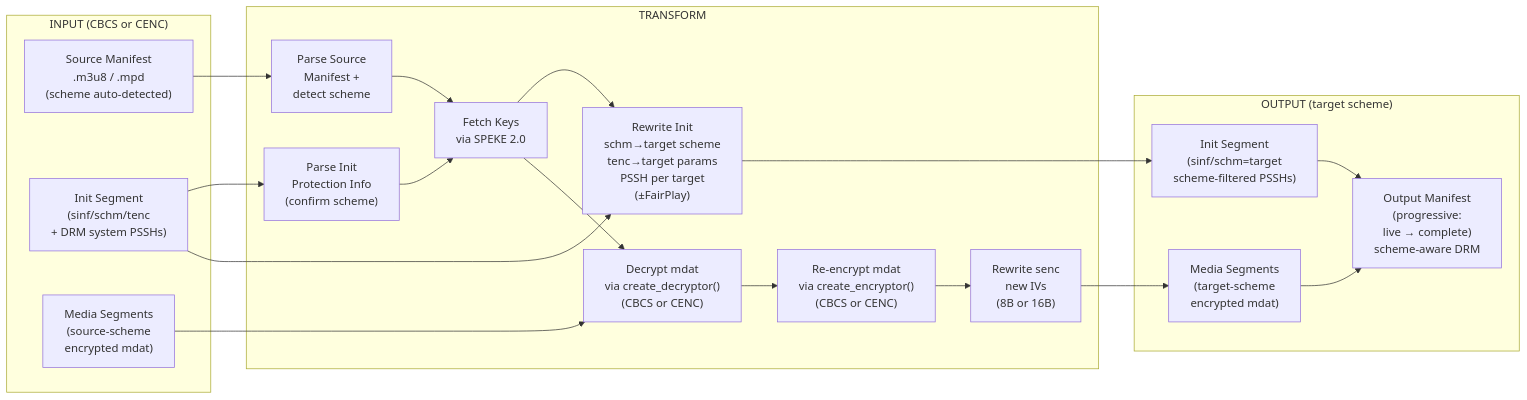
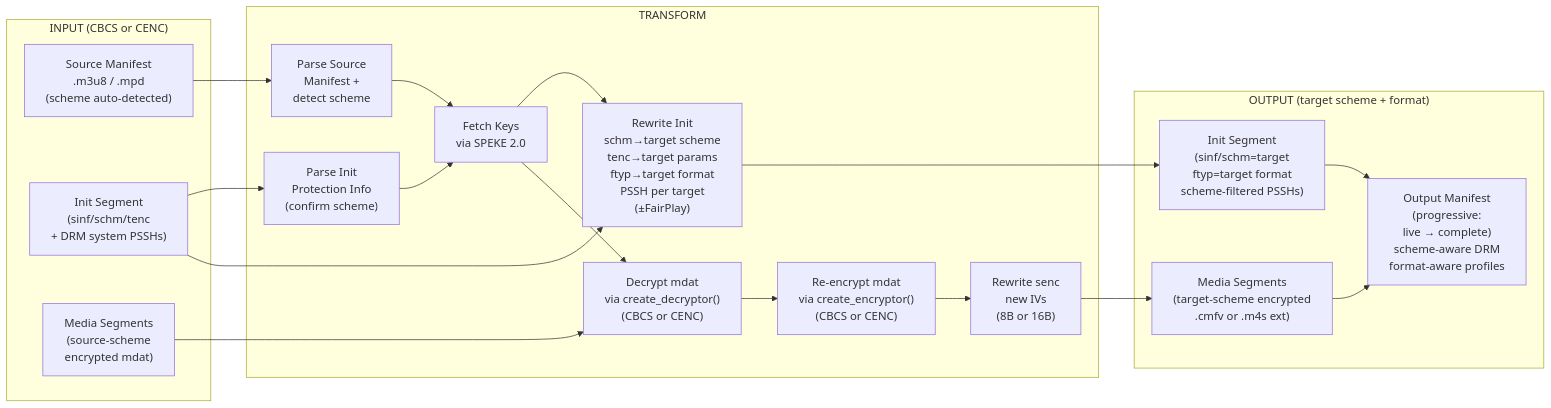
One commit to adrums86/edgepack changed the second of 10 diagrams in docs/architecture.md. Above: the diagram before and after it, drawn with Mermaid. The commit also changed other lines of this file and 19 other files, not shown here.

````diff
--- a/docs/architecture.md
+++ b/docs/architecture.md
@@ -64,39 +64,39 @@
 ```mermaid
 flowchart LR
     subgraph Input["INPUT (CBCS or CENC)"]
         SrcManifest["Source Manifest<br/>.m3u8 / .mpd<br/>(scheme auto-detected)"]
         SrcInit["Init Segment<br/>(sinf/schm/tenc<br/>+ DRM system PSSHs)"]
         SrcSeg["Media Segments<br/>(source-scheme<br/>encrypted mdat)"]
     end
 
     subgraph Transform["TRANSFORM"]
         Parse["Parse Source<br/>Manifest +<br/>detect scheme"]
         FetchKeys["Fetch Keys<br/>via SPEKE 2.0"]
         ParseInit["Parse Init<br/>Protection Info<br/>(confirm scheme)"]
-        RewriteInit["Rewrite Init<br/>schm→target scheme<br/>tenc→target params<br/>PSSH per target<br/>(±FairPlay)"]
+        RewriteInit["Rewrite Init<br/>schm→target scheme<br/>tenc→target params<br/>ftyp→target format<br/>PSSH per target<br/>(±FairPlay)"]
         Decrypt["Decrypt mdat<br/>via create_decryptor()<br/>(CBCS or CENC)"]
         Encrypt["Re-encrypt mdat<br/>via create_encryptor()<br/>(CBCS or CENC)"]
         RewriteSenc["Rewrite senc<br/>new IVs<br/>(8B or 16B)"]
     end
 
-    subgraph Output["OUTPUT (target scheme)"]
-        OutManifest["Output Manifest<br/>(progressive:<br/>live → complete)<br/>scheme-aware DRM"]
-        OutInit["Init Segment<br/>(sinf/schm=target<br/>scheme-filtered PSSHs)"]
-        OutSeg["Media Segments<br/>(target-scheme<br/>encrypted mdat)"]
+    subgraph Output["OUTPUT (target scheme + format)"]
+        OutManifest["Output Manifest<br/>(progressive:<br/>live → complete)<br/>scheme-aware DRM<br/>format-aware profiles"]
+        OutInit["Init Segment<br/>(sinf/schm=target<br/>ftyp=target format<br/>scheme-filtered PSSHs)"]
+        OutSeg["Media Segments<br/>(target-scheme encrypted<br/>.cmfv or .m4s ext)"]
     end
 
     SrcManifest --> Parse
     Parse --> FetchKeys
     SrcInit --> ParseInit
     ParseInit --> FetchKeys
     FetchKeys --> RewriteInit
     SrcInit --> RewriteInit
     RewriteInit --> OutInit
     SrcSeg --> Decrypt
     FetchKeys --> Decrypt
     Decrypt --> Encrypt
     Encrypt --> RewriteSenc
     RewriteSenc --> OutSeg
     OutInit --> OutManifest
     OutSeg --> OutManifest
 ```
````
